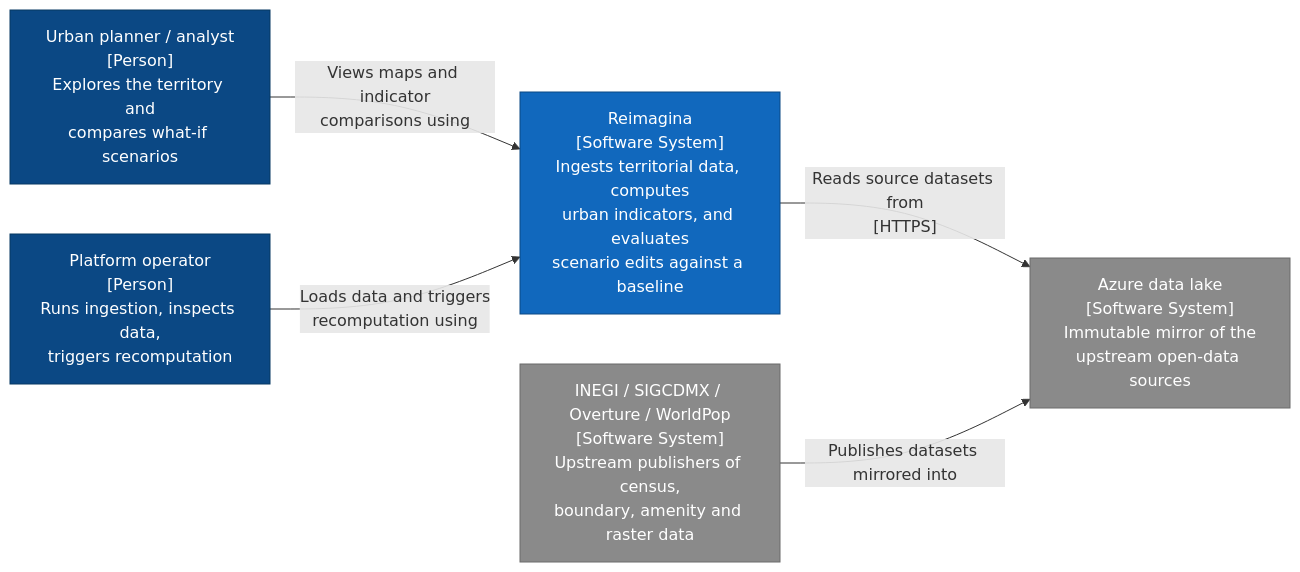
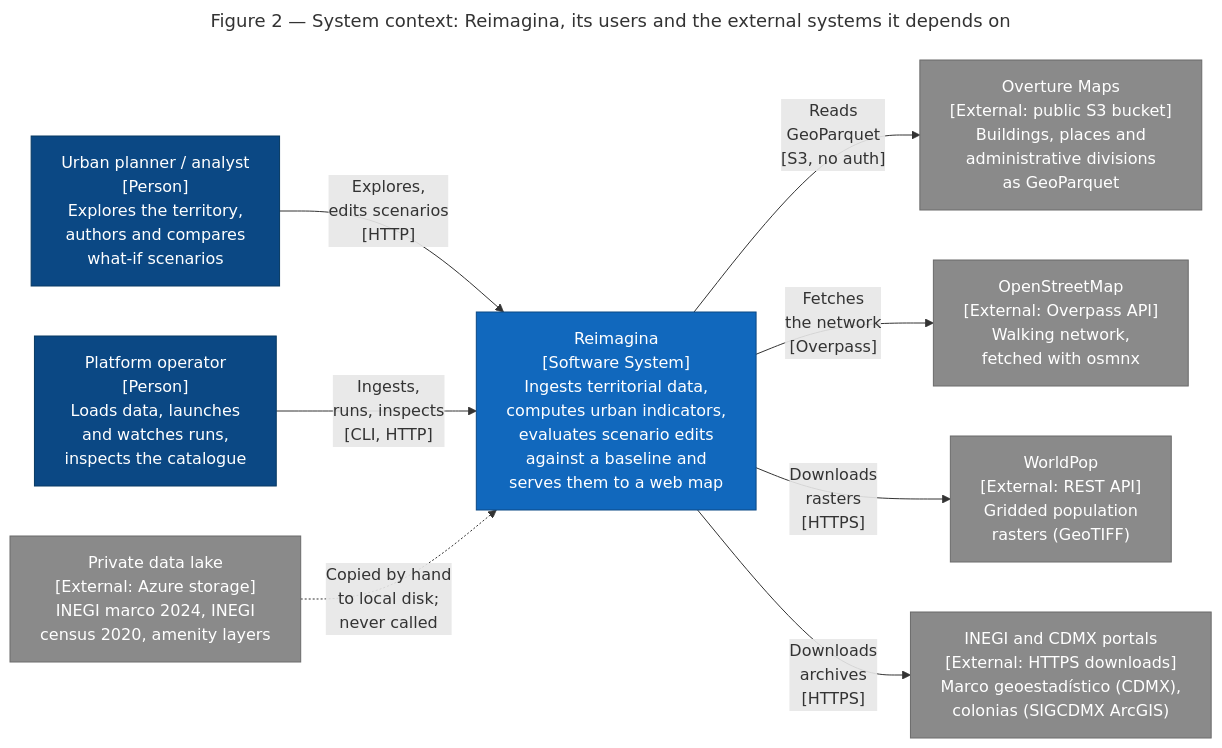
Before and after one commit to rschifan/reimagina-evo: the diagram in docs/delivery/diagrams/c4_01_system_context.mmd, drawn with Mermaid. The commit also changed 16 other files, not shown here.

First line of the commit message:
docs(delivery): issue the architecture map as 1.0 against r051

```diff
--- a/docs/delivery/diagrams/c4_01_system_context.mmd
+++ b/docs/delivery/diagrams/c4_01_system_context.mmd
@@ -1,20 +1,33 @@
+---
+title: "Figure 2 — System context: Reimagina, its users and the external systems it depends on"
+config:
+  flowchart:
+    wrappingWidth: 520
+  themeCSS: ".flowchartTitleText{font-size:30px;font-weight:600;fill:#16181d}"
+---
 flowchart LR
-  planner["Urban planner / analyst<br/>[Person]<br/>Explores the territory and<br/>compares what-if scenarios"]
-  operator["Platform operator<br/>[Person]<br/>Runs ingestion, inspects data,<br/>triggers recomputation"]
+  planner["Urban planner / analyst<br/>[Person]<br/>Explores the territory,<br/>authors and compares<br/>what-if scenarios"]
+  operator["Platform operator<br/>[Person]<br/>Loads data, launches<br/>and watches runs,<br/>inspects the catalogue"]
 
-  reimagina["Reimagina<br/>[Software System]<br/>Ingests territorial data, computes<br/>urban indicators, and evaluates<br/>scenario edits against a baseline"]
+  reimagina["Reimagina<br/>[Software System]<br/>Ingests territorial data,<br/>computes urban indicators,<br/>evaluates scenario edits<br/>against a baseline and<br/>serves them to a web map"]
 
-  lake["Azure data lake<br/>[Software System]<br/>Immutable mirror of the<br/>upstream open-data sources"]
-  inegi["INEGI / SIGCDMX / Overture / WorldPop<br/>[Software System]<br/>Upstream publishers of census,<br/>boundary, amenity and raster data"]
+  overture["Overture Maps<br/>[External: public S3 bucket]<br/>Buildings, places and<br/>administrative divisions<br/>as GeoParquet"]
+  osm["OpenStreetMap<br/>[External: Overpass API]<br/>Walking network,<br/>fetched with osmnx"]
+  worldpop["WorldPop<br/>[External: REST API]<br/>Gridded population<br/>rasters (GeoTIFF)"]
+  portals["INEGI and CDMX portals<br/>[External: HTTPS downloads]<br/>Marco geoestadístico (CDMX),<br/>colonias (SIGCDMX ArcGIS)"]
+  lake["Private data lake<br/>[External: Azure storage]<br/>INEGI marco 2024, INEGI<br/>census 2020, amenity layers"]
 
-  planner -->|"Views maps and indicator<br/>comparisons using"| reimagina
-  operator -->|"Loads data and triggers<br/>recomputation using"| reimagina
-  reimagina -->|"Reads source datasets from<br/>[HTTPS]"| lake
-  inegi -->|"Publishes datasets mirrored into"| lake
+  planner -->|"Explores,<br/>edits scenarios<br/>[HTTP]"| reimagina
+  operator -->|"Ingests,<br/>runs, inspects<br/>[CLI, HTTP]"| reimagina
+  reimagina -->|"Reads<br/>GeoParquet<br/>[S3, no auth]"| overture
+  reimagina -->|"Fetches<br/>the network<br/>[Overpass]"| osm
+  reimagina -->|"Downloads<br/>rasters<br/>[HTTPS]"| worldpop
+  reimagina -->|"Downloads<br/>archives<br/>[HTTPS]"| portals
+  lake -.->|"Copied by hand<br/>to local disk;<br/>never called"| reimagina
 
   classDef person fill:#0b4884,stroke:#073962,color:#fff
   classDef focus fill:#1168bd,stroke:#0b4884,color:#fff
   classDef external fill:#8a8a8a,stroke:#6b6b6b,color:#fff
   class planner,operator person
   class reimagina focus
-  class lake,inegi external
+  class overture,osm,worldpop,portals,lake external
```
